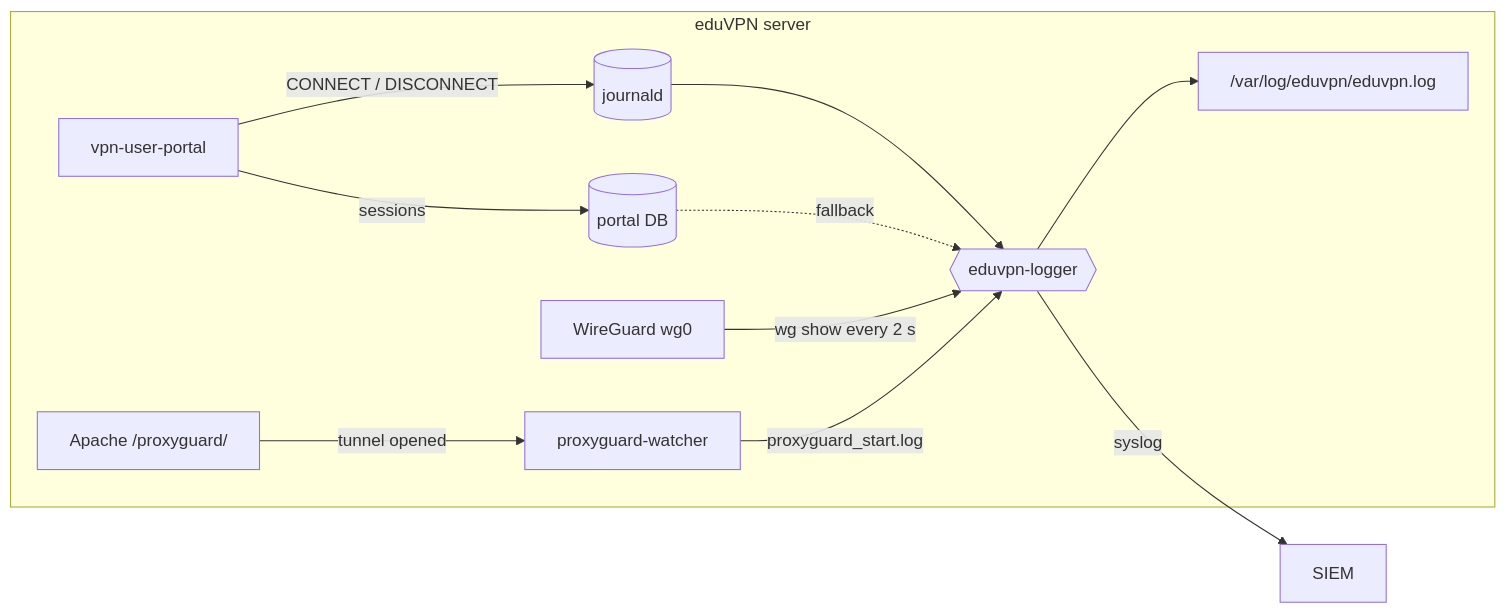
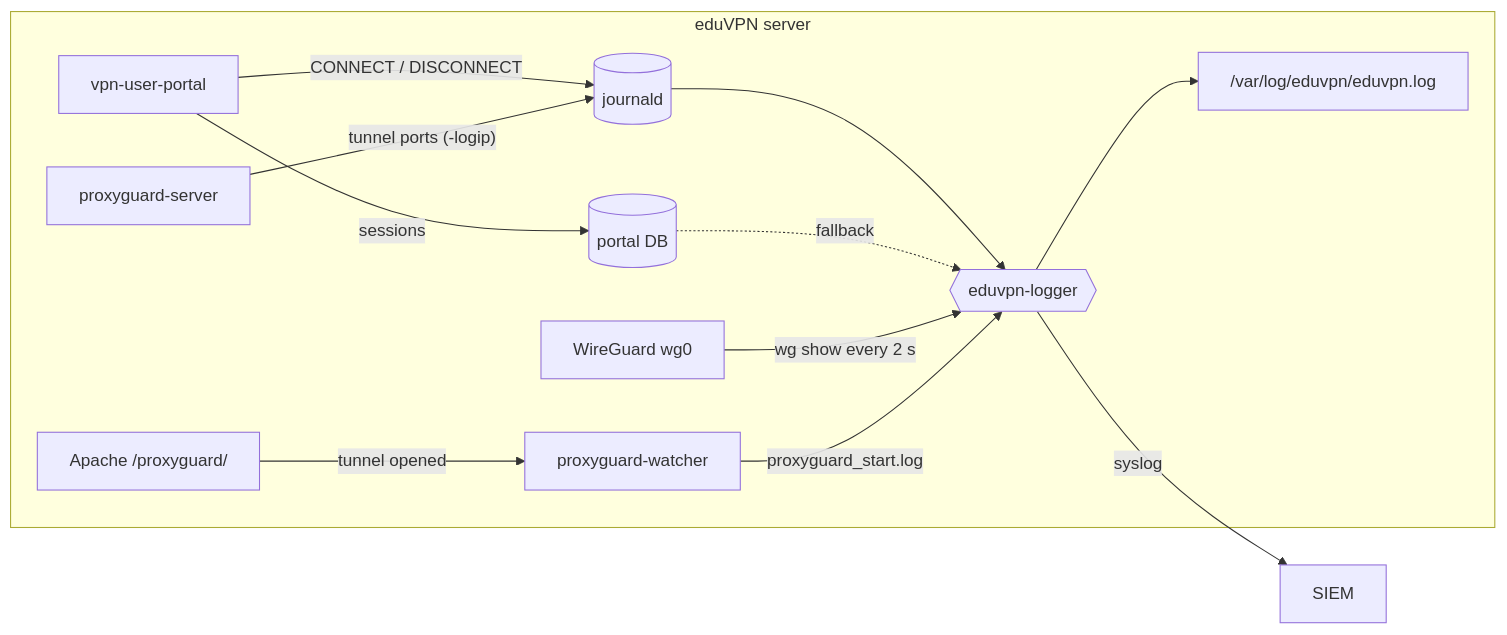
One commit to giacomocamata/eduvpn-logger changed the first of 2 diagrams in README.md. Above: the diagram before and after it, drawn with Mermaid. The commit also changed other lines of this file and 5 other files, not shown here.

First line of the commit message:
Sorgenti ProxyGuard esatte: abbinamento per porta con proxyguard-server -logip e [pgport] di Apache

````diff
--- a/README.md
+++ b/README.md
@@ -134,15 +146,16 @@
 ```mermaid
 flowchart LR
     subgraph server["eduVPN server"]
         portal["vpn-user-portal"] -->|"CONNECT / DISCONNECT"| journal[("journald")]
         portal -->|"sessions"| db[("portal DB")]
         apache["Apache /proxyguard/"] -->|"tunnel opened"| watcher["proxyguard-watcher"]
+        pgs["proxyguard-server"] -->|"tunnel ports (-logip)"| journal
         wg["WireGuard wg0"]
         journal --> logger{{"eduvpn-logger"}}
         db -.->|"fallback"| logger
         wg -->|"wg show every 2 s"| logger
         watcher -->|"proxyguard_start.log"| logger
         logger --> file["/var/log/eduvpn/eduvpn.log"]
     end
     logger -->|"syslog"| siem["SIEM"]
 ```
````
